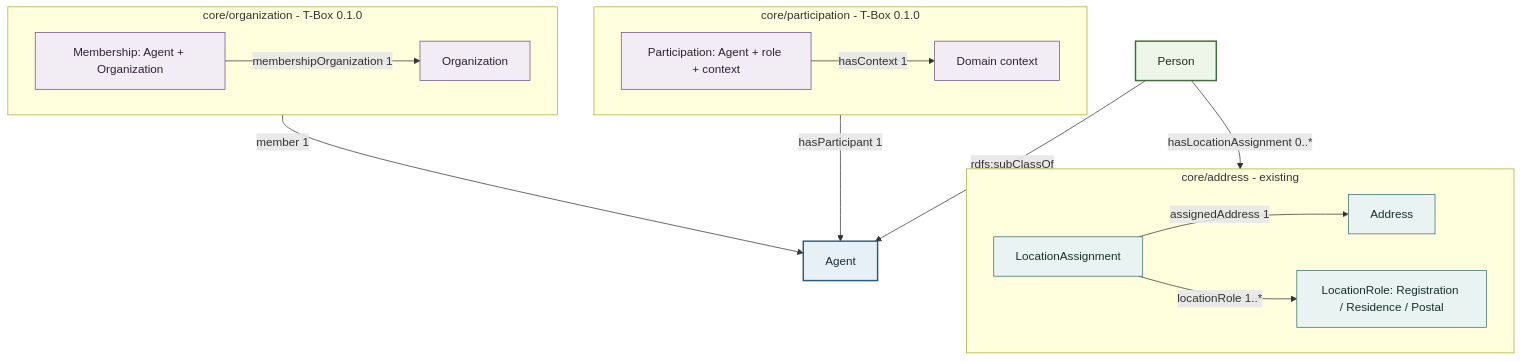
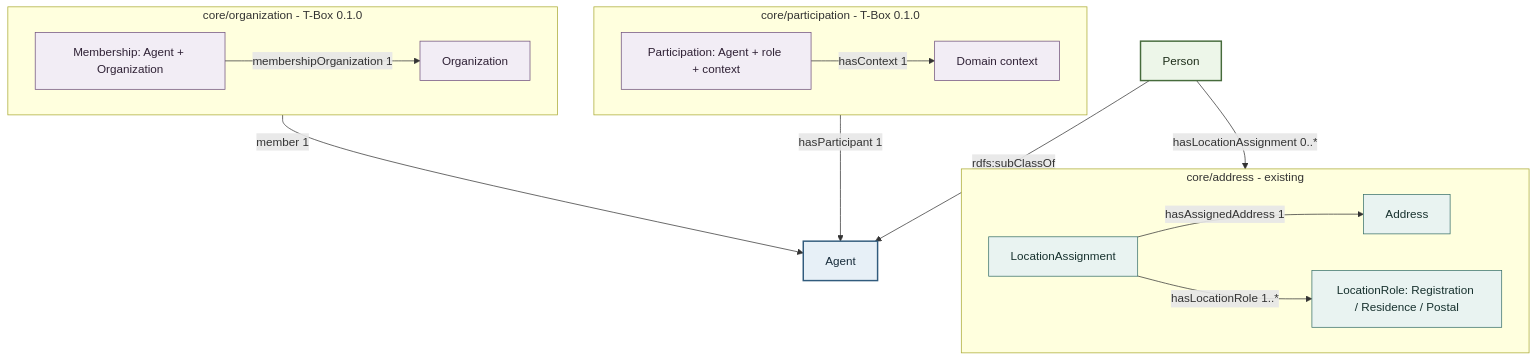
One commit to project-construct-x/constructx-ontologies changed the third of 3 diagrams in modules/core/person/docs/diagrams/person-concept-model.md. Above: the diagram before and after it, drawn with Mermaid. The commit also changed 72 other files, not shown here.

````diff
--- a/modules/core/person/docs/diagrams/person-concept-model.md
+++ b/modules/core/person/docs/diagrams/person-concept-model.md
@@ -117,47 +117,47 @@
 ```mermaid
 flowchart TB
     Agent["Agent"]
     Person["Person"]
 
     Person -->|"rdfs:subClassOf"| Agent
 
     subgraph ADDRESS["core/address - existing"]
         direction LR
         LocationAssignment["LocationAssignment"]
         Address["Address"]
         LocationRole["LocationRole: Registration / Residence / Postal"]
 
-        LocationAssignment -->|"assignedAddress 1"| Address
-        LocationAssignment -->|"locationRole 1..*"| LocationRole
+        LocationAssignment -->|"hasAssignedAddress 1"| Address
+        LocationAssignment -->|"hasLocationRole 1..*"| LocationRole
     end
 
     subgraph ORGANIZATION["core/organization - T-Box 0.1.0"]
         direction LR
         Membership["Membership: Agent + Organization"]
         Organization["Organization"]
 
         Membership -->|"membershipOrganization 1"| Organization
     end
 
     subgraph PARTICIPATION["core/participation - T-Box 0.1.0"]
         direction LR
         Participation["Participation: Agent + role + context"]
         Context["Domain context"]
 
         Participation -->|"hasContext 1"| Context
     end
 
     Person -->|"hasLocationAssignment 0..*"| LocationAssignment
     Membership -->|"member 1"| Agent
     Participation -->|"hasParticipant 1"| Agent
 
     classDef agent fill:#e7f0f7,stroke:#315b7d,color:#172b3a,stroke-width:2px;
     classDef person fill:#edf6e9,stroke:#466b3c,color:#1d2d19,stroke-width:2px;
     classDef existing fill:#e9f3f1,stroke:#39706a,color:#17312e;
     classDef related fill:#f2edf5,stroke:#70517d,color:#2f2135;
 
     class Agent agent;
     class Person person;
     class LocationAssignment,Address,LocationRole existing;
     class Membership,Organization,Participation,Context related;
 ```
````
